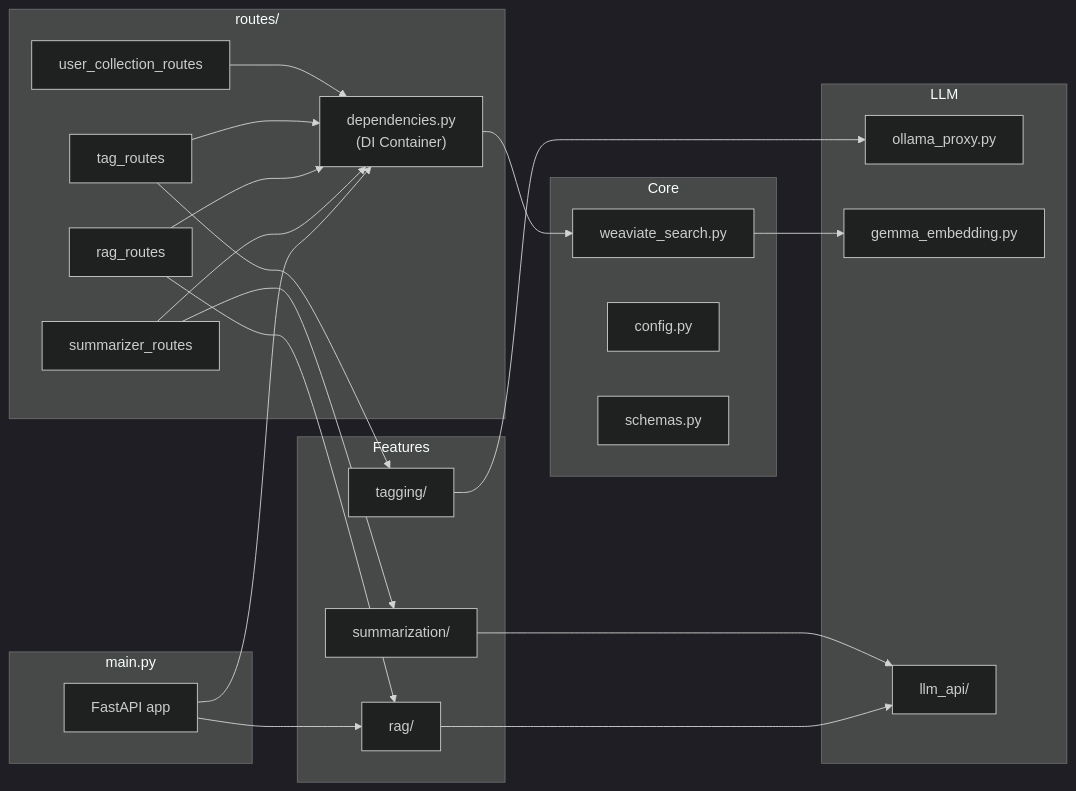
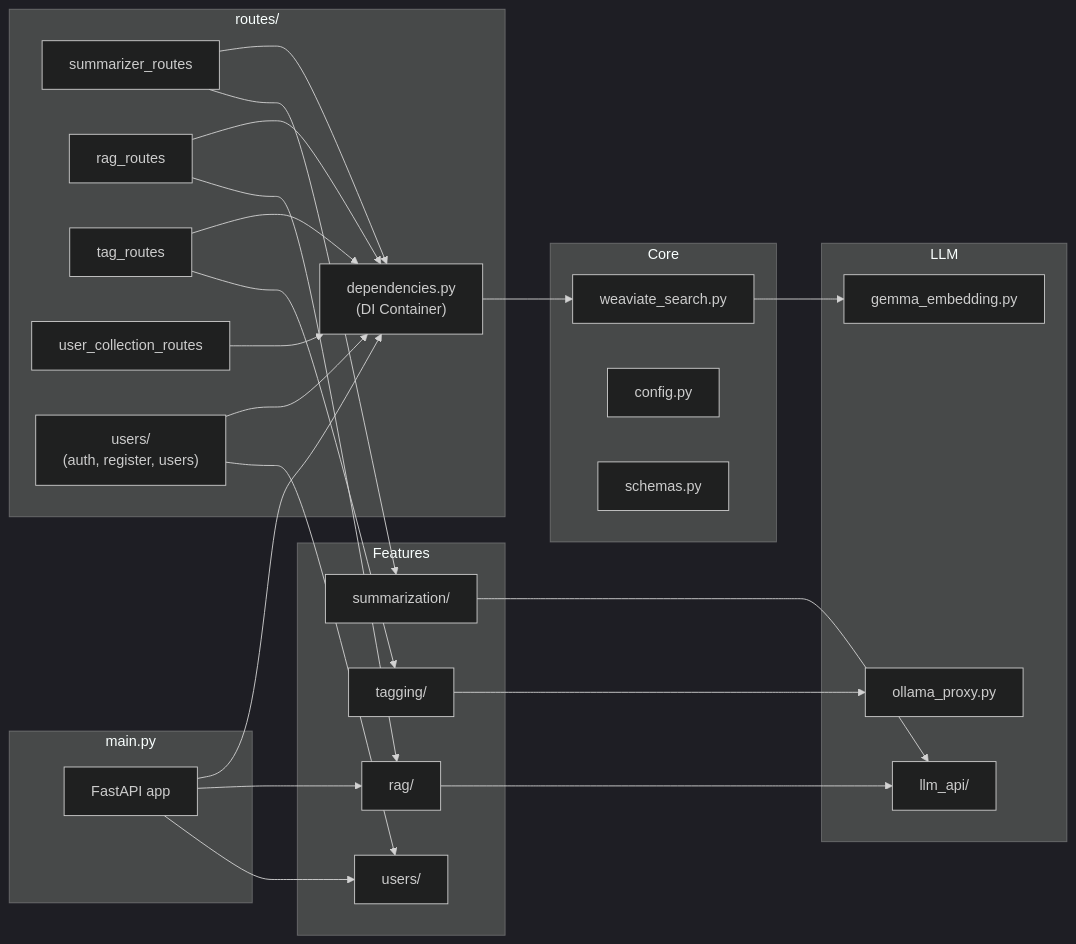
One commit to DCGM/semant-demo changed the second of 6 diagrams in docs/ARCHITECTURE.md. Above: the diagram before and after it, drawn with Mermaid (dark theme). The commit also changed other lines of this file and 18 other files, not shown here.

````diff
--- a/docs/ARCHITECTURE.md
+++ b/docs/ARCHITECTURE.md
@@ -54,43 +54,46 @@
 ```mermaid
 flowchart LR
     subgraph main.py
         APP[FastAPI app]
     end
 
     subgraph routes/
         DI["dependencies.py<br/>(DI Container)"]
         SUM_R[summarizer_routes]
         RAG_R[rag_routes]
         TAG_R[tag_routes]
         COL_R[user_collection_routes]
+        AUTH_R["users/<br/>(auth, register, users)"]
     end
 
     subgraph Core
         WS[weaviate_search.py]
         CFG[config.py]
         SCH[schemas.py]
     end
 
     subgraph LLM
         OLLP[ollama_proxy.py]
         GEMMA[gemma_embedding.py]
         LLM_API[llm_api/]
     end
 
     subgraph Features
         RAG_F[rag/]
         SUM[summarization/]
         TAG_F[tagging/]
+        USERS[users/]
     end
 
-    APP --> DI & RAG_F
-    SUM_R & RAG_R & TAG_R & COL_R --> DI
+    APP --> DI & RAG_F & USERS
+    SUM_R & RAG_R & TAG_R & COL_R & AUTH_R --> DI
     DI --> WS
     RAG_R --> RAG_F
     SUM_R --> SUM
     TAG_R --> TAG_F
     WS --> GEMMA
     RAG_F --> LLM_API
     SUM --> LLM_API
     TAG_F --> OLLP
+    AUTH_R --> USERS
 ```
````
